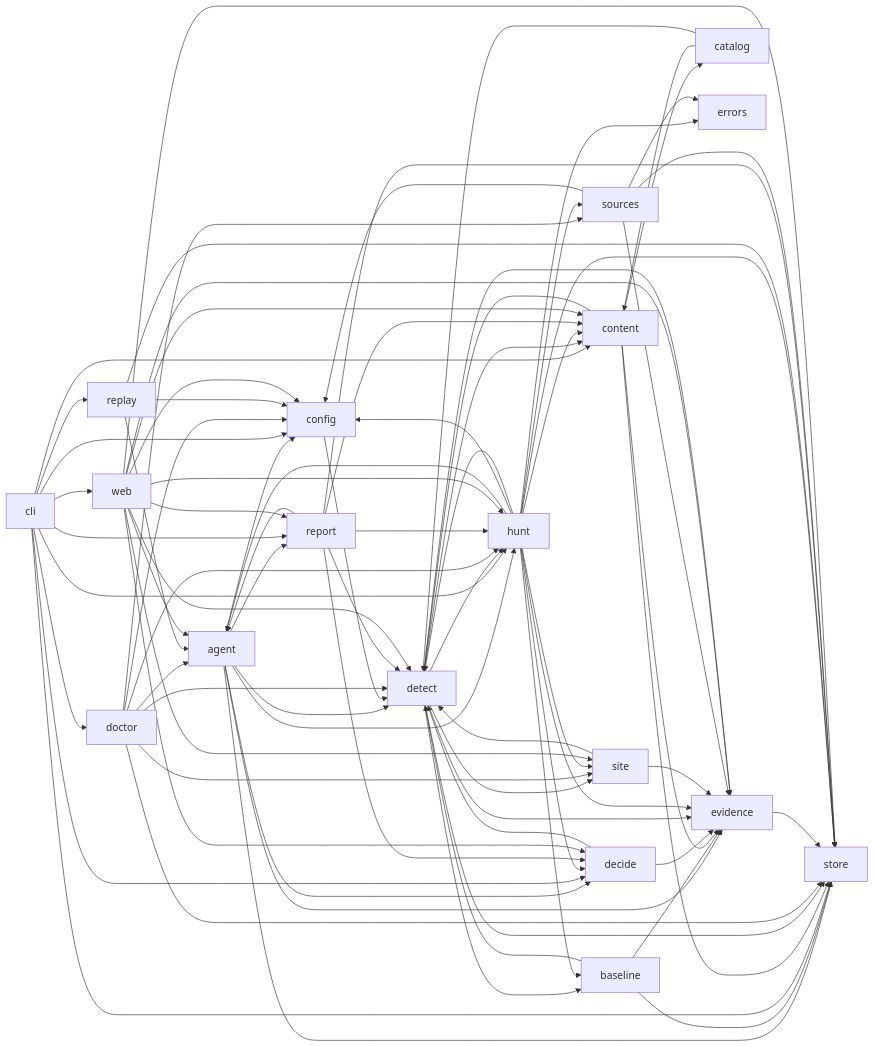
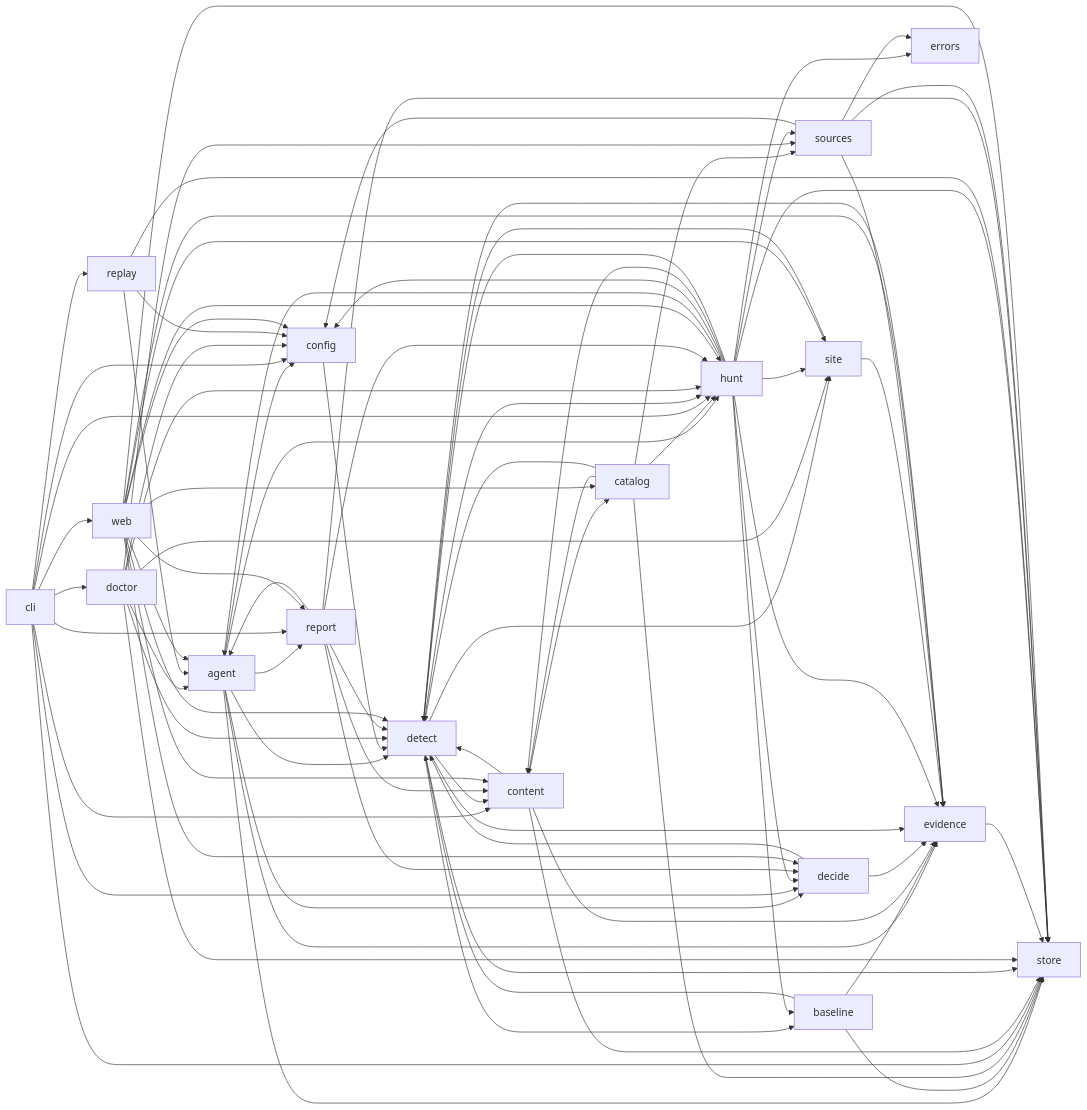
One commit to nickthabib-cloud/ROMULUS changed the diagram in docs/architecture/MODULE_MAP.md. Above: the diagram before and after it, drawn with Mermaid. The commit also changed other lines of this file and 22 other files, not shown here.

```diff
--- a/docs/architecture/MODULE_MAP.md
+++ b/docs/architecture/MODULE_MAP.md
@@ -259,6 +265,9 @@
   baseline --> store
   catalog --> content
   catalog --> detect
+  catalog --> hunt
+  catalog --> sources
+  catalog --> store
   cli --> config
   cli --> content
   cli --> decide
@@ -317,6 +326,7 @@
   sources --> evidence
   sources --> store
   web --> agent
+  web --> catalog
   web --> config
   web --> content
   web --> decide
```
